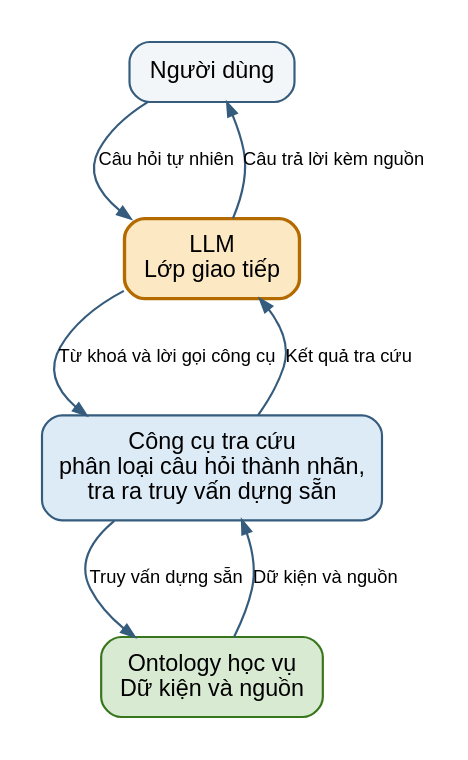
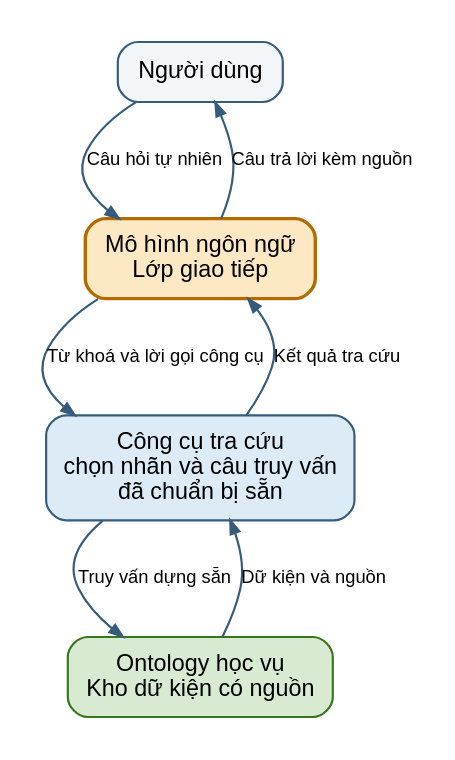
One commit to vpthinh19/ontology-chatbot changed the diagram in artifacts/figures/architecture.dot. Above: the diagram before and after it, drawn with Graphviz. The commit also changed 15 other files, not shown here.

Commit message:
docs: simplify explanations and diagram terminology

```diff
--- a/artifacts/figures/architecture.dot
+++ b/artifacts/figures/architecture.dot
@@ -1,50 +1,50 @@
 digraph kien_truc {
   graph [
     rankdir=TB,
     bgcolor="white",
     pad="0.25",
     nodesep="0.55",
     ranksep="0.8",
     fontname="Liberation Sans"
   ];
   node [
     shape=box,
     style="rounded,filled",
     fontname="Liberation Sans",
     fontsize=14,
     margin="0.18,0.12",
     color="#355C7D",
     penwidth=1.3
   ];
   edge [
     fontname="Liberation Sans",
     fontsize=11,
     color="#355C7D",
     penwidth=1.3,
     arrowsize=0.8
   ];
 
   nguoi_dung [label="Người dùng", fillcolor="#F3F6F9"];
   llm [
-    label="LLM\nLớp giao tiếp",
+    label="Mô hình ngôn ngữ\nLớp giao tiếp",
     fillcolor="#FCE8C3",
     color="#B36B00",
     penwidth=2
   ];
   tool [
-    label="Công cụ tra cứu\nphân loại câu hỏi thành nhãn,\ntra ra truy vấn dựng sẵn",
+    label="Công cụ tra cứu\nchọn nhãn và câu truy vấn\nđã chuẩn bị sẵn",
     fillcolor="#DDEBF7"
   ];
   ontology [
-    label="Ontology học vụ\nDữ kiện và nguồn",
+    label="Ontology học vụ\nKho dữ kiện có nguồn",
     fillcolor="#D9EAD3",
     color="#38761D"
   ];
 
   nguoi_dung -> llm [label="Câu hỏi tự nhiên"];
   llm -> tool [label="Từ khoá và lời gọi công cụ"];
   tool -> ontology [label="Truy vấn dựng sẵn"];
   ontology -> tool [label="Dữ kiện và nguồn"];
   tool -> llm [label="Kết quả tra cứu"];
   llm -> nguoi_dung [label="Câu trả lời kèm nguồn"];
 }
```
